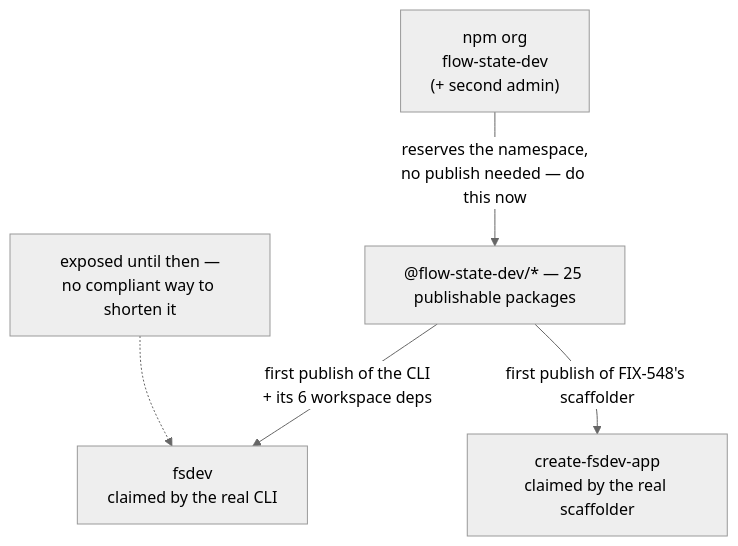
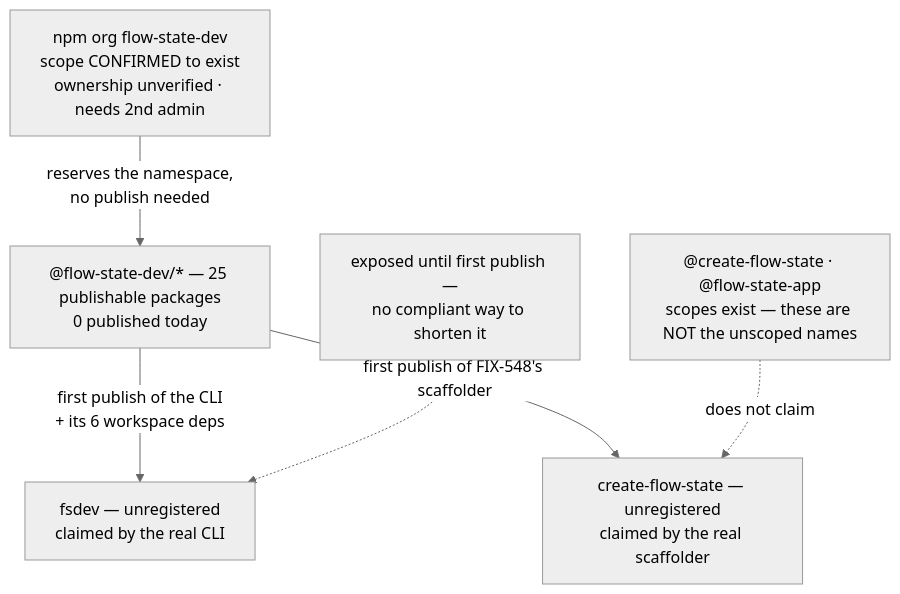
Before and after one commit to fixpoint-labs/flow-state-dev: the diagram in spec/FIX-1162.md, drawn with Mermaid (neutral theme). The commit also changed other lines of this file, not shown here.

First line of the commit message:
spec(FIX-1162): name the scaffolder create-flow-state; a 404 is not a claim

````diff
--- a/spec/FIX-1162.md
+++ b/spec/FIX-1162.md
@@ -201,8 +224,9 @@
 ```mermaid
 flowchart TD
-  ORG["npm org<br/>flow-state-dev<br/>(+ second admin)"]
-  ORG -->|"reserves the namespace,<br/>no publish needed — do this now"| SCOPED["@flow-state-dev/* — 25 publishable packages"]
-  SCOPED -->|"first publish of the CLI<br/>+ its 6 workspace deps"| FSDEV["fsdev<br/>claimed by the real CLI"]
-  SCOPED -->|"first publish of FIX-548's scaffolder"| CREATE["create-fsdev-app<br/>claimed by the real scaffolder"]
-  EXPOSED["exposed until then —<br/>no compliant way to shorten it"] -.-> FSDEV
+  ORG["npm org flow-state-dev<br/>scope CONFIRMED to exist<br/>ownership unverified · needs 2nd admin"]
+  ORG -->|"reserves the namespace,<br/>no publish needed"| SCOPED["@flow-state-dev/* — 25 publishable packages<br/>0 published today"]
+  SCOPED -->|"first publish of the CLI<br/>+ its 6 workspace deps"| FSDEV["fsdev — unregistered<br/>claimed by the real CLI"]
+  SCOPED -->|"first publish of FIX-548's scaffolder"| CREATE["create-flow-state — unregistered<br/>claimed by the real scaffolder"]
+  HELD["@create-flow-state · @flow-state-app<br/>scopes exist — these are NOT the unscoped names"] -.->|"does not claim"| CREATE
+  EXPOSED["exposed until first publish —<br/>no compliant way to shorten it"] -.-> FSDEV
 ```
````
